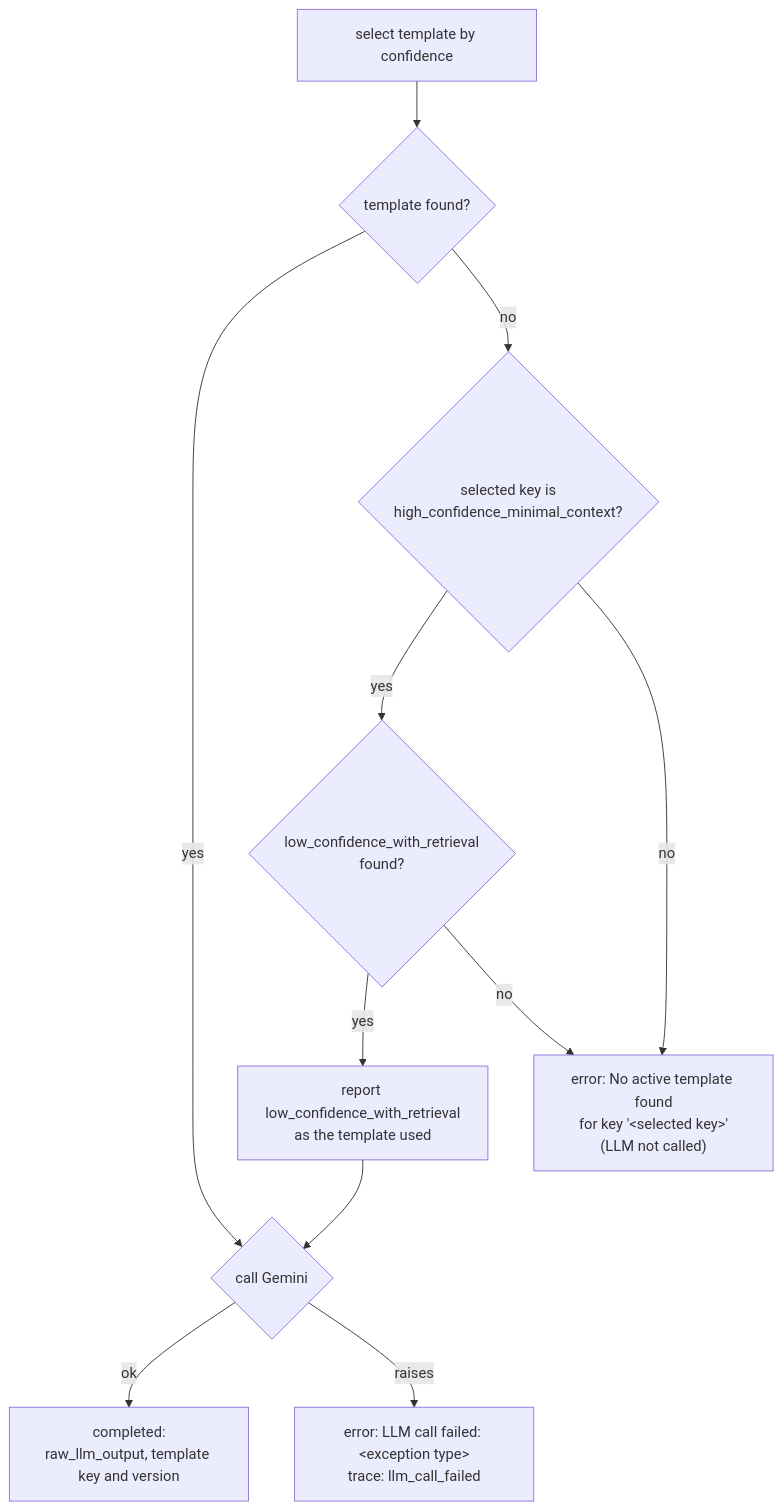
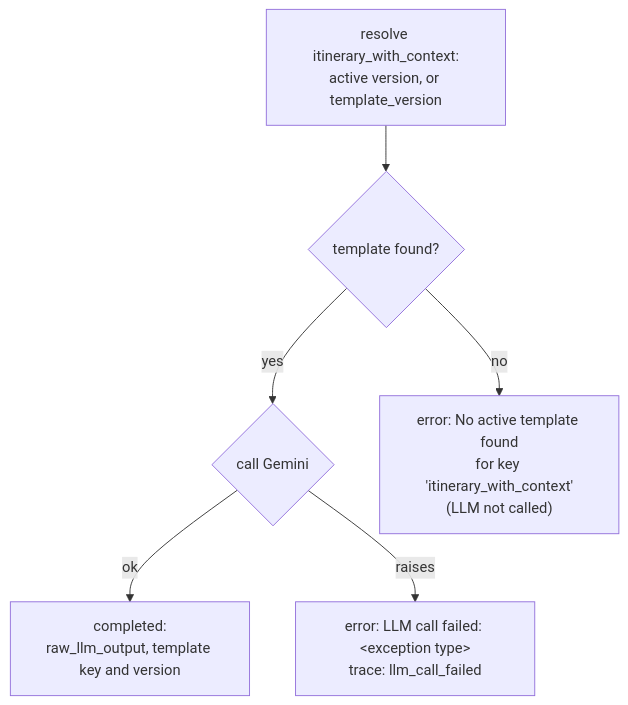
The third of 4 diagrams in docs/api.md (yutingwang999/Agno_Travel_Agent), drawn with Mermaid before and after one commit. The commit also changed other lines of this file and 16 other files, not shown here.

Commit message:
feat(workflow): retrieve on every request and use one itinerary_with_context template

````diff
--- a/docs/api.md
+++ b/docs/api.md
@@ -427,12 +422,8 @@
 ```mermaid
 flowchart TD
-    S[select template by confidence] --> T{template found?}
+    S[resolve itinerary_with_context:<br/>active version, or template_version] --> T{template found?}
     T -- yes --> L
-    T -- no --> U{selected key is<br/>high_confidence_minimal_context?}
-    U -- yes --> V{low_confidence_with_retrieval<br/>found?}
-    V -- yes --> V1[report low_confidence_with_retrieval<br/>as the template used] --> L
-    V -- no --> X
-    U -- no --> X["error: No active template found<br/>for key '#lt;selected key#gt;'<br/>(LLM not called)"]
+    T -- no --> X["error: No active template found<br/>for key 'itinerary_with_context'<br/>(LLM not called)"]
     L{call Gemini} -- ok --> OK[completed:<br/>raw_llm_output, template key and version]
     L -- raises --> Y["error: LLM call failed: #lt;exception type#gt;<br/>trace: llm_call_failed"]
 ```
````
